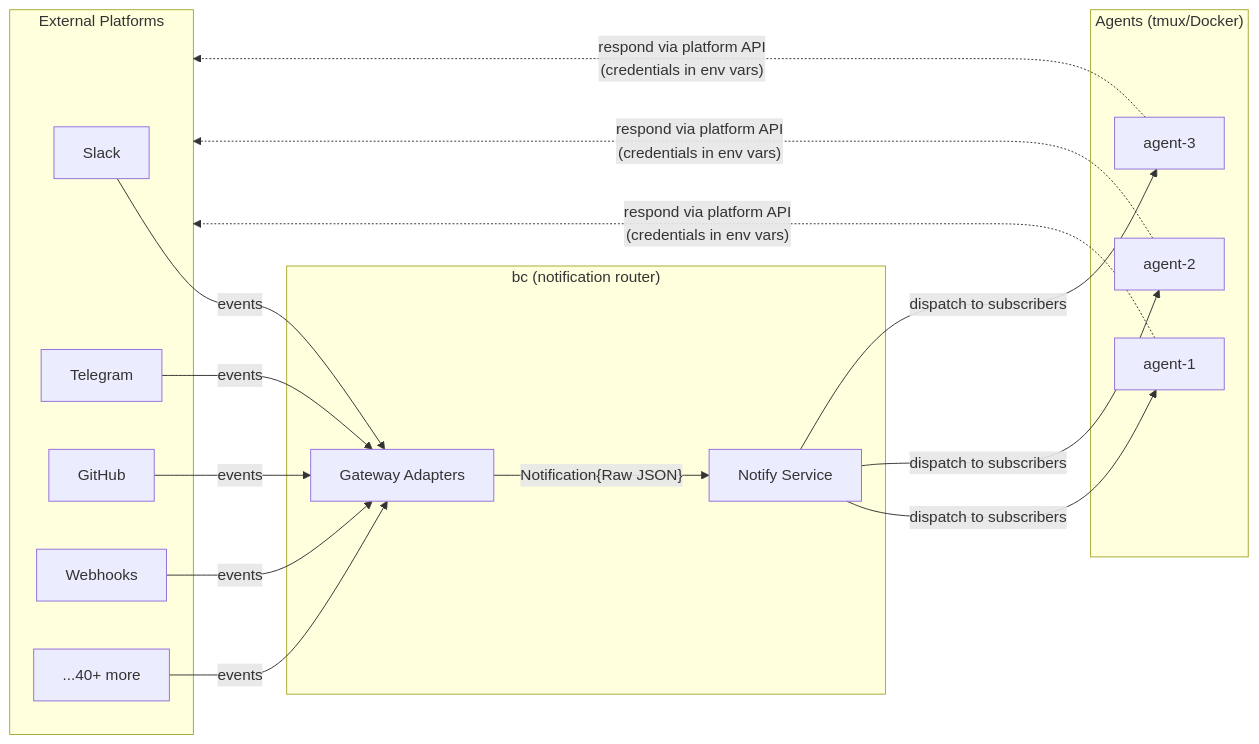
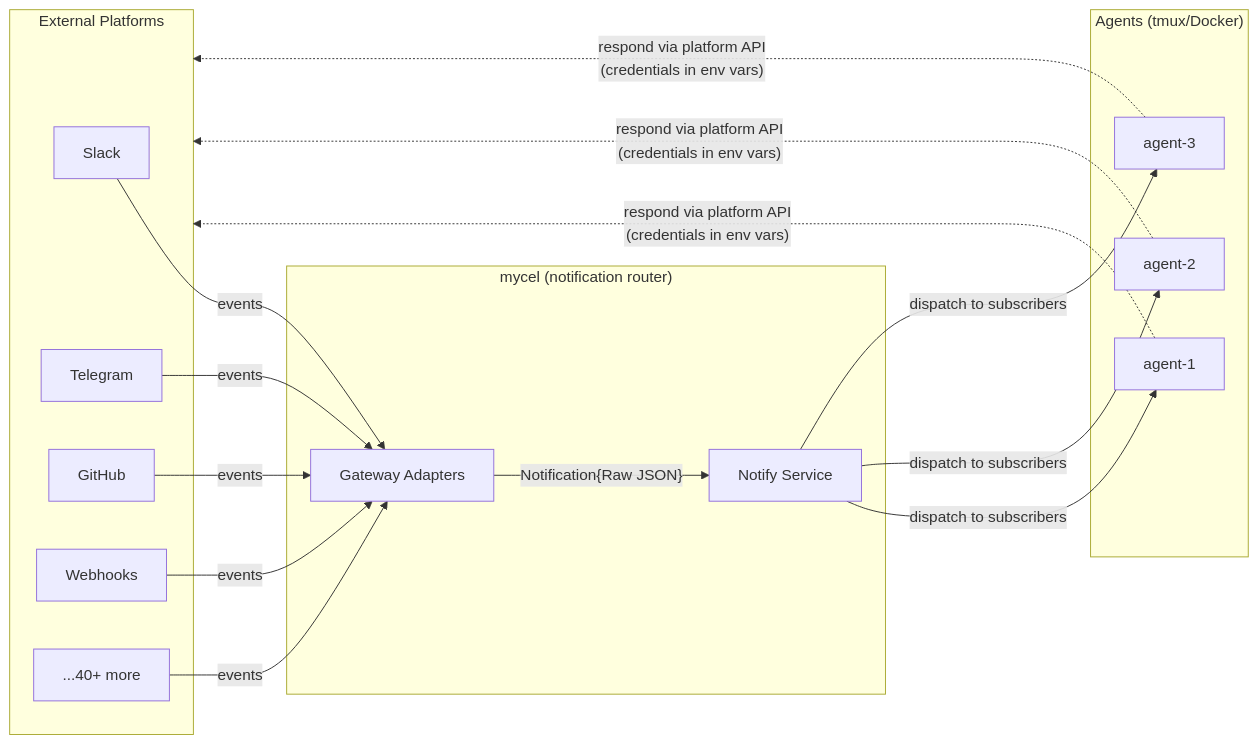
One commit to rpuneet/bc changed the first of 5 diagrams in docs/architecture-notifications.md. Above: the diagram before and after it, drawn with Mermaid. The commit also changed other lines of this file and 23 other files, not shown here.

````diff
--- a/docs/architecture-notifications.md
+++ b/docs/architecture-notifications.md
@@ -9,26 +9,26 @@
 ```mermaid
 flowchart LR
     subgraph Platforms["External Platforms"]
         S[Slack]
         T[Telegram]
         G[GitHub]
         W[Webhooks]
         More["...40+ more"]
     end
 
-    subgraph bc["bc (notification router)"]
+    subgraph mycel["mycel (notification router)"]
         GW["Gateway Adapters"]
         NS["Notify Service"]
     end
 
     subgraph Agents["Agents (tmux/Docker)"]
         A1[agent-1]
         A2[agent-2]
         A3[agent-3]
     end
 
     S & T & G & W & More -- "events" --> GW
     GW -- "Notification{Raw JSON}" --> NS
     NS -- "dispatch to subscribers" --> A1 & A2 & A3
     A1 & A2 & A3 -. "respond via platform API\n(credentials in env vars)" .-> Platforms
 ```
````
